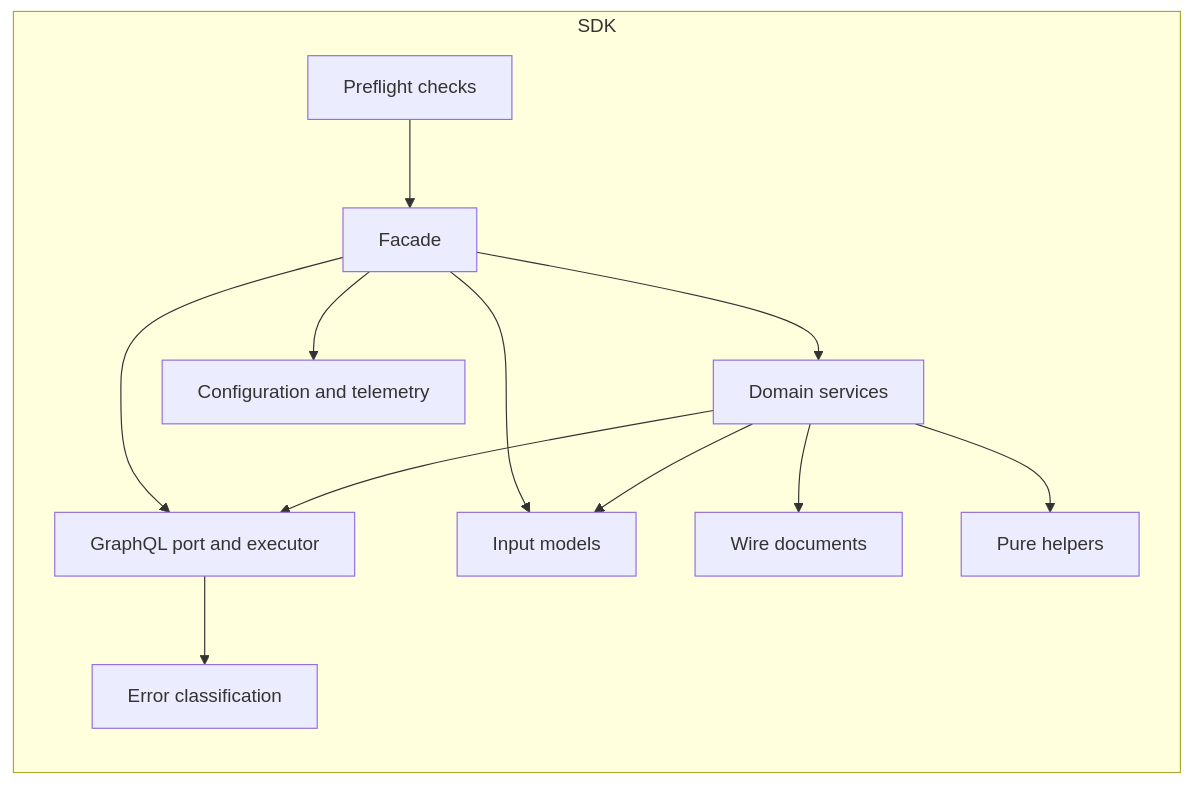
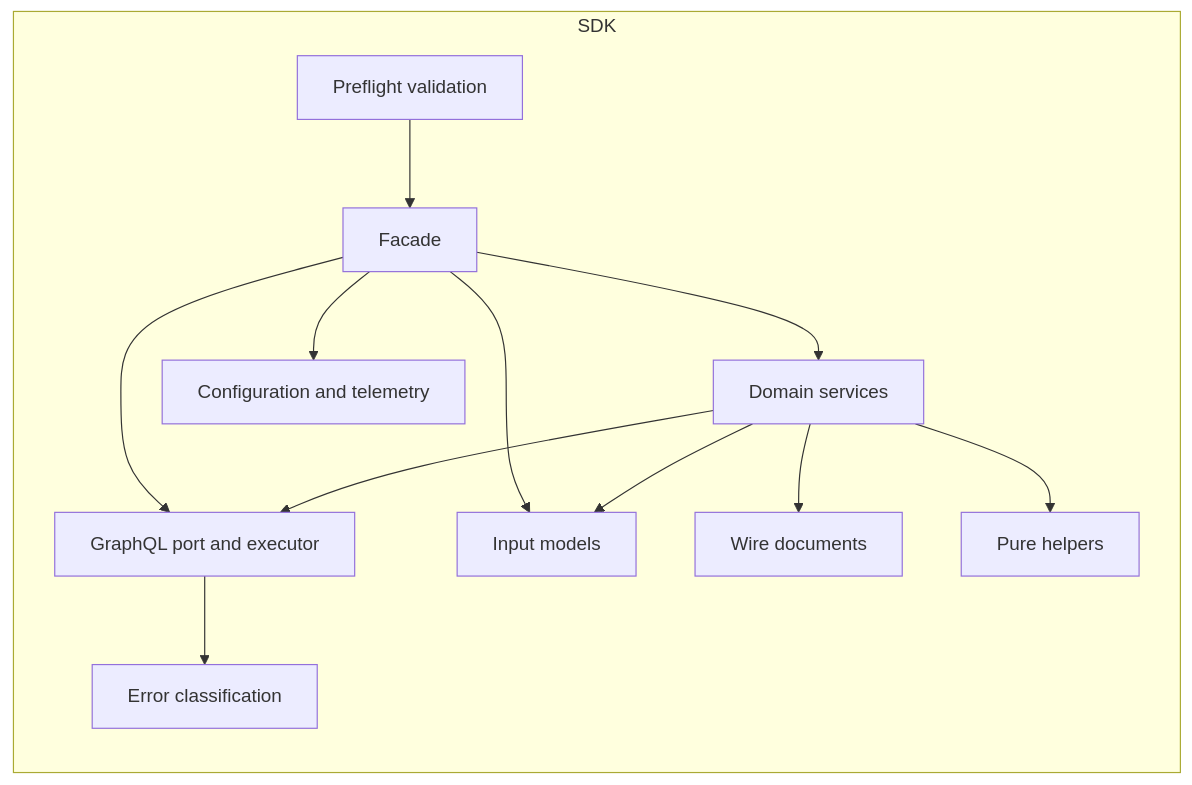
The fourth of 10 diagrams in docs/contributing/architecture.md (abhinyaay/ai-toolkit), drawn with Mermaid before and after one commit. The commit also changed other lines of this file, not shown here.

````diff
--- a/docs/contributing/architecture.md
+++ b/docs/contributing/architecture.md
@@ -300,26 +300,26 @@
 ```mermaid
 flowchart TB
     subgraph sdk["SDK"]
         direction TB
-        preflight["Preflight checks"]
+        preflight["Preflight validation"]
         facade["Facade"]
         services["Domain services"]
         documents["Wire documents"]
         port["GraphQL port and executor"]
         models["Input models"]
         errors["Error classification"]
         helpers["Pure helpers"]
         config["Configuration and telemetry"]
     end
 
     preflight --> facade
     facade --> services
     facade --> port
     facade --> models
     facade --> config
     services --> documents
     services --> port
     services --> models
     services --> helpers
     port --> errors
 ```
````
